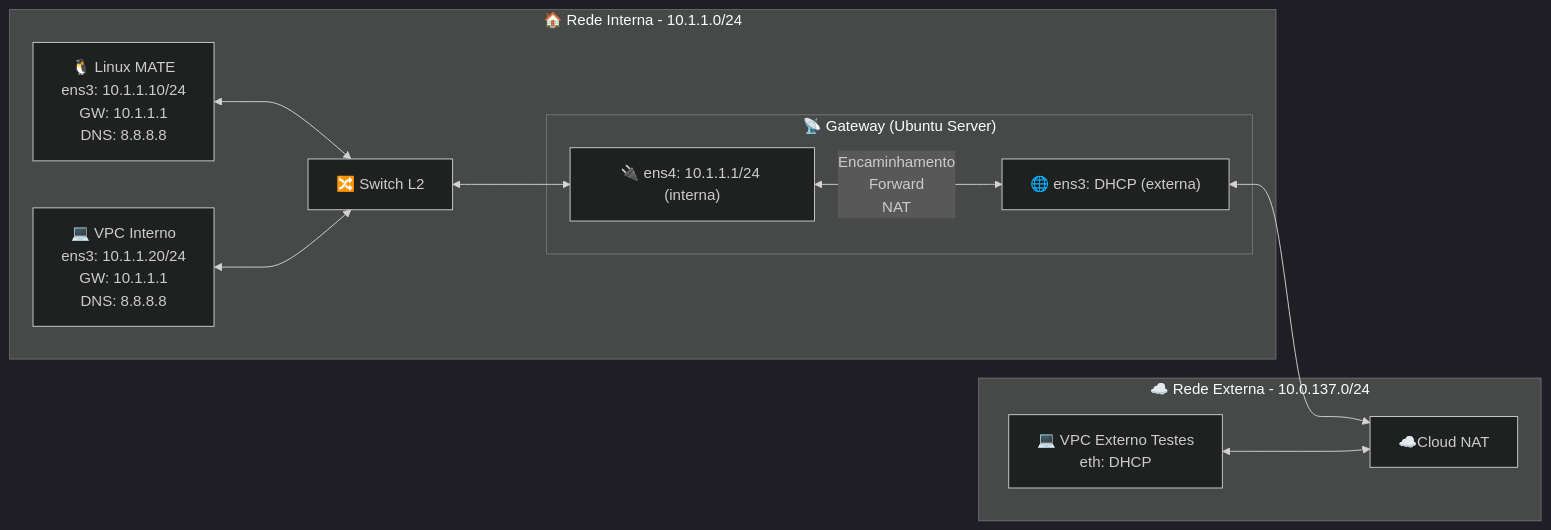
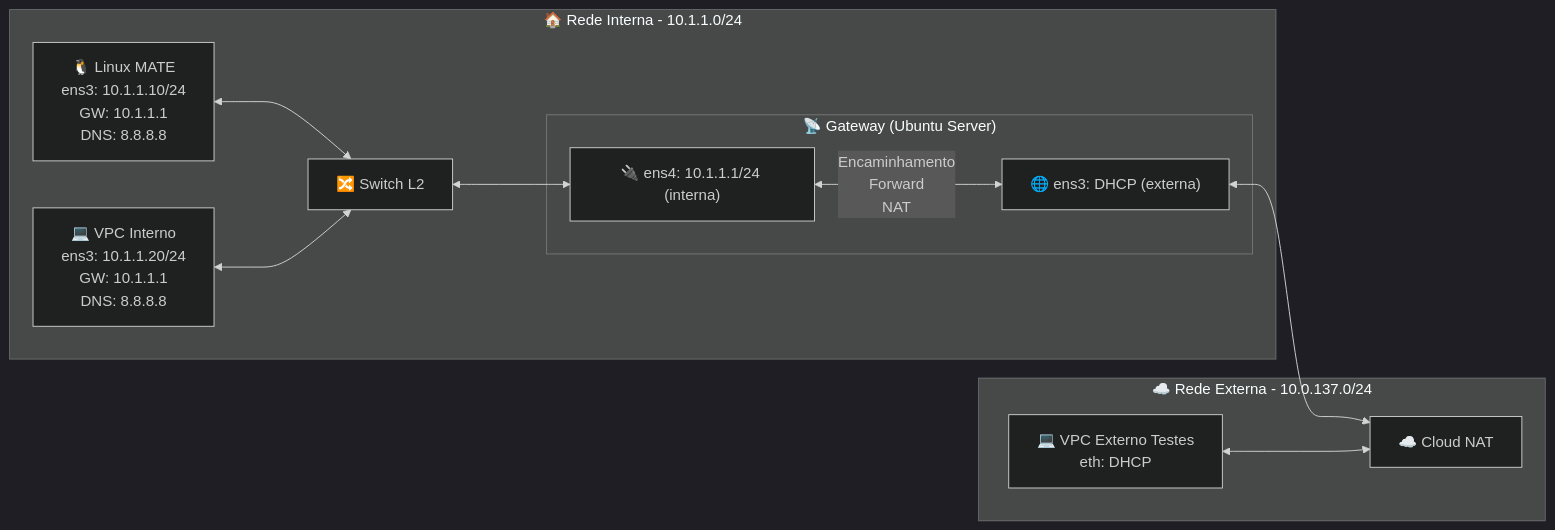
Before and after one commit to diegomoliveiraprof/CSR: the diagram in experimentos/experimento_iptables.md, drawn with Mermaid (dark theme). The commit also changed other lines of this file, not shown here.

````diff
--- a/experimentos/experimento_iptables.md
+++ b/experimentos/experimento_iptables.md
@@ -17,27 +18,24 @@
 ```mermaid
 flowchart LR
     subgraph RedeInterna["🏠 Rede Interna - 10.1.1.0/24"]
         MATE["🐧 Linux MATE\nens3: 10.1.1.10/24\nGW: 10.1.1.1\nDNS: 8.8.8.8"]
         VPC["💻 VPC Interno\nens3: 10.1.1.20/24\nGW: 10.1.1.1\nDNS: 8.8.8.8"]
         Switch["🔀 Switch L2"]
         subgraph Gateway["📡 Gateway (Ubuntu Server)"]
             GWint["🔌 ens4: 10.1.1.1/24 (interna)"]
             GWext["🌐 ens3: DHCP (externa)"]
         end
     end
 
-
-
     subgraph RedeExterna["☁️ Rede Externa - 10.0.137.0/24"]
-        NAT["☁️Cloud NAT"]
+        NAT["☁️ Cloud NAT"]
         VPCext["💻 VPC Externo Testes\neth: DHCP"]
     end
 
     MATE <---> Switch
     VPC <---> Switch
     Switch <---> GWint
     GWint <-- "Encaminhamento\nForward\nNAT"--> GWext
     GWext <---> NAT
     VPCext <---> NAT
-
 ```
````
